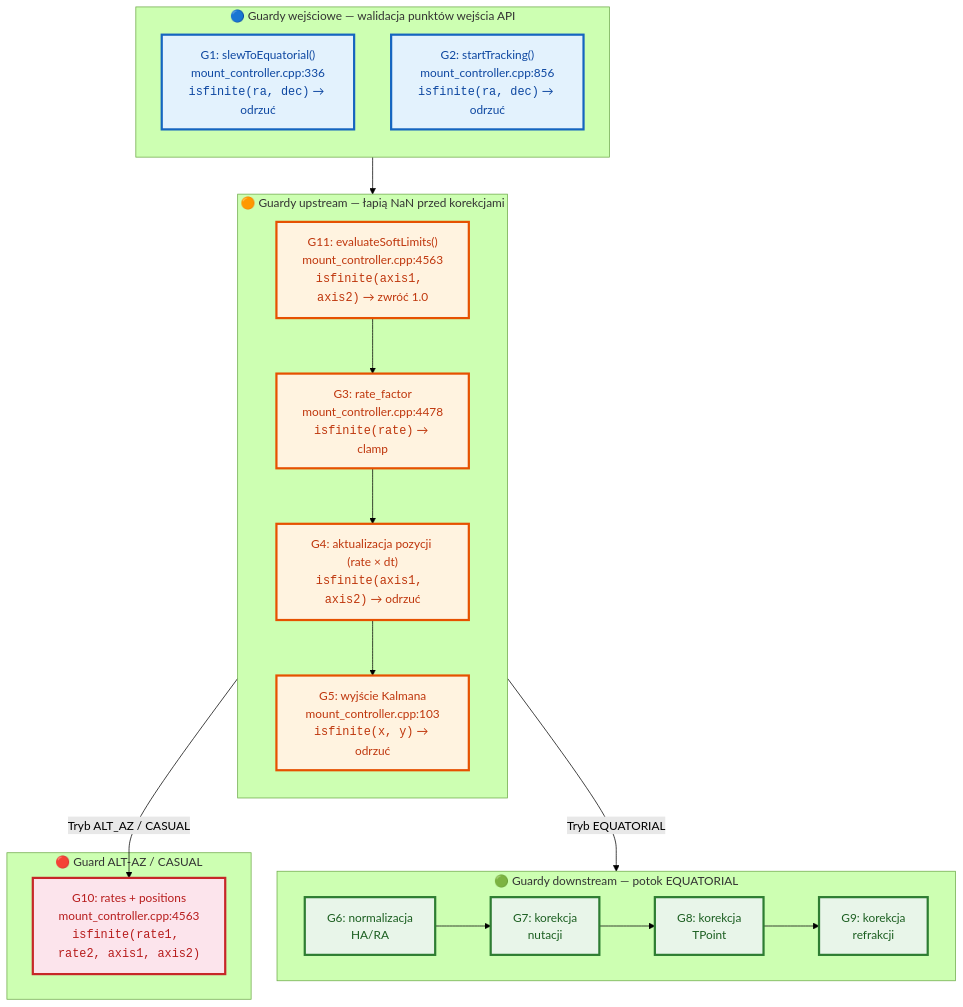
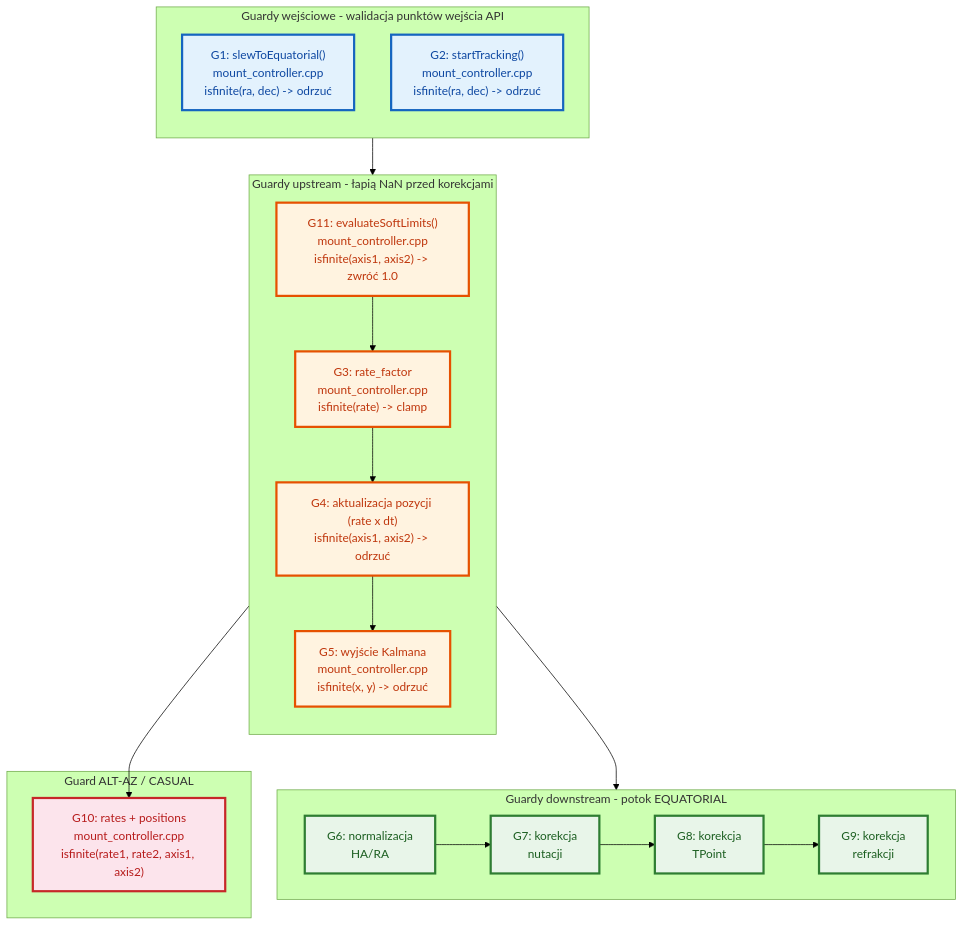
The seventh of 11 diagrams in docs/pl/architecture.md (pielaszkiewicz-jacek/astro_mount_control), drawn with Mermaid (forest theme) before and after one commit. The commit also changed other lines of this file and 674 other files, not shown here.

````diff
--- a/docs/pl/architecture.md
+++ b/docs/pl/architecture.md
@@ -426,47 +534,49 @@
 ```mermaid
 flowchart TB
     %% Style
     classDef input fill:#e3f2fd,stroke:#1565c0,stroke-width:3px,color:#0d47a1
     classDef upstream fill:#fff3e0,stroke:#e65100,stroke-width:3px,color:#bf360c
     classDef downstream fill:#e8f5e9,stroke:#2e7d32,stroke-width:3px,color:#1b5e20
     classDef altaz fill:#fce4ec,stroke:#c62828,stroke-width:3px,color:#b71c1c
 
-    subgraph INPUT["🔵 Guardy wejściowe — walidacja punktów wejścia API"]
+    subgraph INPUT["Guardy wejściowe - walidacja punktów wejścia API"]
         direction TB
-        G1["G1: slewToEquatorial()<br/>mount_controller.cpp:336<br/><code>isfinite(ra, dec)</code> → odrzuć"]
-        G2["G2: startTracking()<br/>mount_controller.cpp:856<br/><code>isfinite(ra, dec)</code> → odrzuć"]
+        G1["G1: slewToEquatorial()<br/>mount_controller.cpp<br/>isfinite(ra, dec) -> odrzuć"]
+        G2["G2: startTracking()<br/>mount_controller.cpp<br/>isfinite(ra, dec) -> odrzuć"]
     end
 
-    subgraph UPSTREAM["🟠 Guardy upstream — łapią NaN przed korekcjami"]
+    subgraph UPSTREAM["Guardy upstream - łapią NaN przed korekcjami"]
         direction TB
-        G11["G11: evaluateSoftLimits()<br/>mount_controller.cpp:4563<br/><code>isfinite(axis1, axis2)</code> → zwróć 1.0"]
-        G3["G3: rate_factor<br/>mount_controller.cpp:4478<br/><code>isfinite(rate)</code> → clamp"]
-        G4["G4: aktualizacja pozycji (rate × dt)<br/><code>isfinite(axis1, axis2)</code> → odrzuć"]
-        G5["G5: wyjście Kalmana<br/>mount_controller.cpp:103<br/><code>isfinite(x, y)</code> → odrzuć"]
+        G11["G11: evaluateSoftLimits()<br/>mount_controller.cpp<br/>isfinite(axis1, axis2) -> zwróć 1.0"]
+        G3["G3: rate_factor<br/>mount_controller.cpp<br/>isfinite(rate) -> clamp"]
+        G4["G4: aktualizacja pozycji (rate x dt)<br/>isfinite(axis1, axis2) -> odrzuć"]
+        G5["G5: wyjście Kalmana<br/>mount_controller.cpp<br/>isfinite(x, y) -> odrzuć"]
     end
 
-    subgraph DOWNSTREAM["🟢 Guardy downstream — potok EQUATORIAL"]
+    subgraph DOWNSTREAM["Guardy downstream - potok EQUATORIAL"]
         direction LR
         G6["G6: normalizacja<br/>HA/RA"]
         G7["G7: korekcja<br/>nutacji"]
         G8["G8: korekcja<br/>TPoint"]
         G9["G9: korekcja<br/>refrakcji"]
     end
 
-    subgraph ALTAZ["🔴 Guard ALT-AZ / CASUAL"]
-        G10["G10: rates + positions<br/>mount_controller.cpp:4563<br/><code>isfinite(rate1, rate2, axis1, axis2)</code>"]
+    subgraph ALTAZ["Guard ALT-AZ / CASUAL"]
+        G10["G10: rates + positions<br/>mount_controller.cpp<br/>isfinite(rate1, rate2, axis1, axis2)"]
     end
 
     INPUT --> G11
     G11 --> G3
     G3 --> G4
     G4 --> G5
-    G5 -->|"Tryb EQUATORIAL"| G6
-    G5 -->|"Tryb ALT_AZ / CASUAL"| G10
-    G6 --> G7 --> G8 --> G9
+    G5 --> G6
+    G5 --> G10
+    G6 --> G7
+    G7 --> G8
+    G8 --> G9
 
     class G1,G2 input
     class G11,G3,G4,G5 upstream
     class G6,G7,G8,G9 downstream
     class G10 altaz
 ```
````
